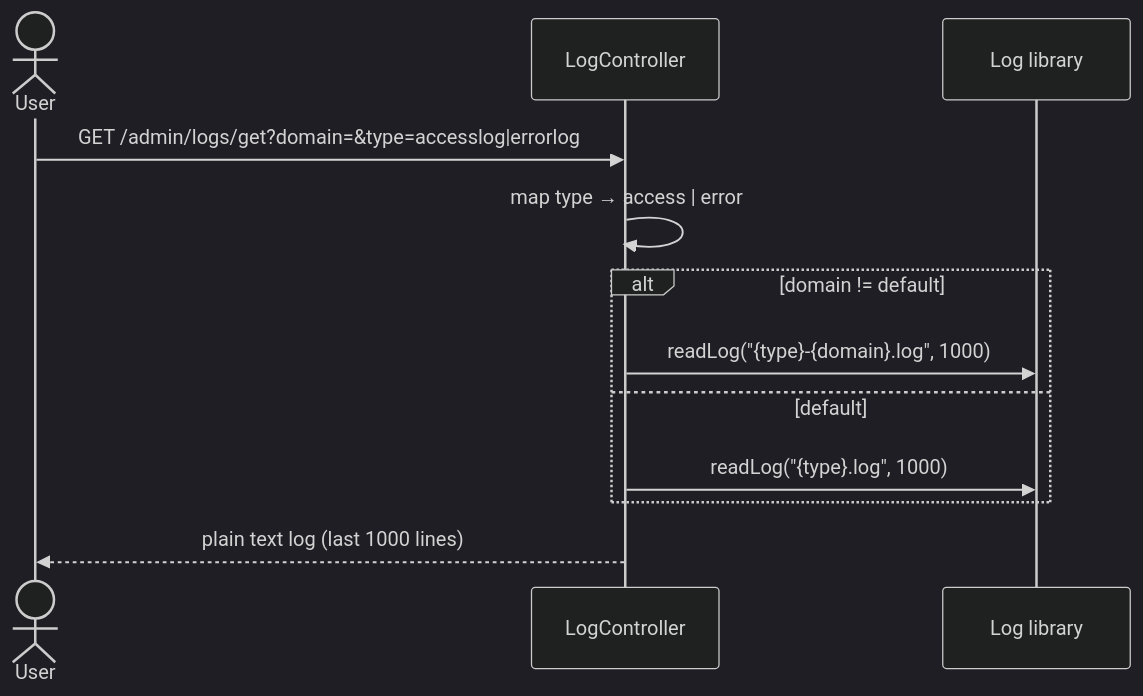
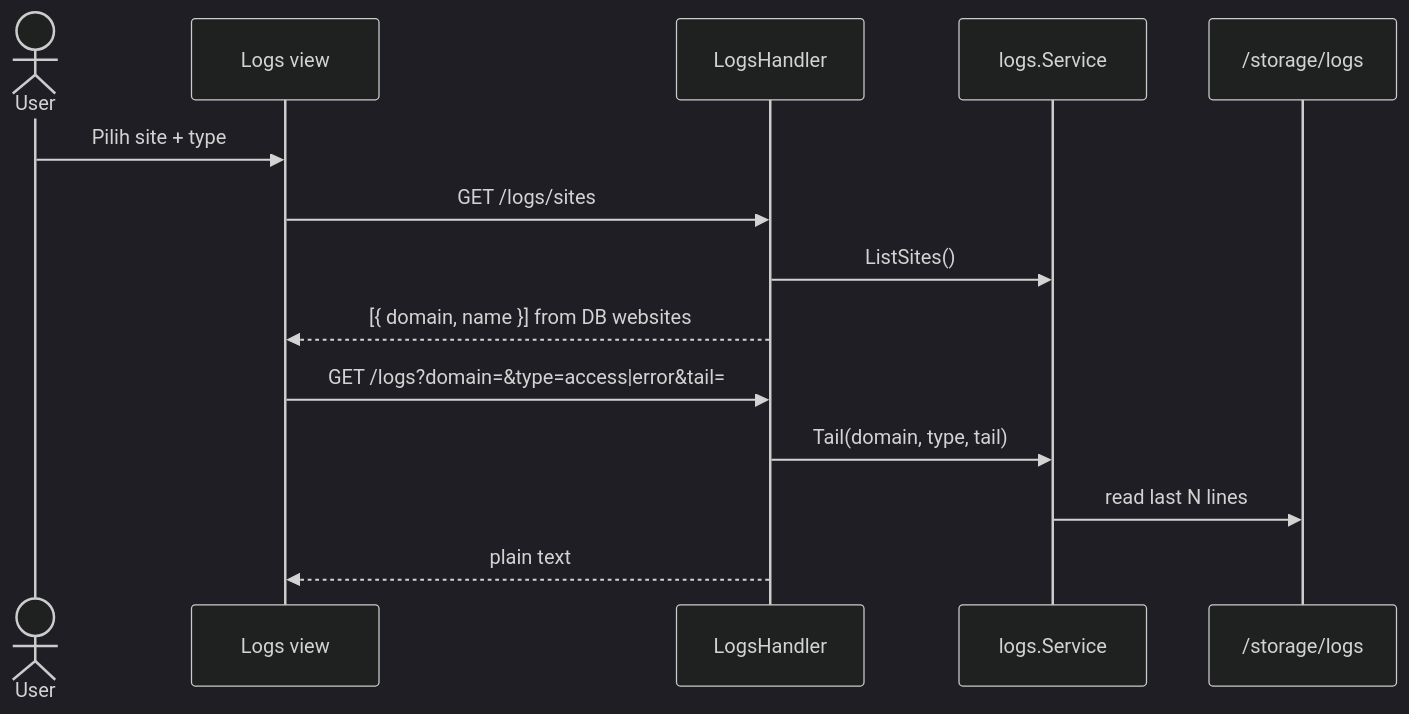
The diagram in docs/sequences/15-logs.md (jahrulnr/GoSite), drawn with Mermaid (dark theme) before and after one commit. The commit also changed other lines of this file and 107 other files, not shown here.

````diff
--- a/docs/sequences/15-logs.md
+++ b/docs/sequences/15-logs.md
@@ -22,15 +9,18 @@
 ```mermaid
 sequenceDiagram
     actor User
-    participant LC as LogController
-    participant Log as Log library
+    participant UI as Logs view
+    participant H as LogsHandler
+    participant Svc as logs.Service
+    participant FS as /storage/logs
 
-    User->>LC: GET /admin/logs/get?domain=&type=accesslog|errorlog
-    LC->>LC: map type → access | error
-    alt domain != default
-        LC->>Log: readLog("{type}-{domain}.log", 1000)
-    else default
-        LC->>Log: readLog("{type}.log", 1000)
-    end
-    LC-->>User: plain text log (last 1000 lines)
+    User->>UI: Pilih site + type
+    UI->>H: GET /logs/sites
+    H->>Svc: ListSites()
+    H-->>UI: [{ domain, name }] from DB websites
+
+    UI->>H: GET /logs?domain=&type=access|error&tail=
+    H->>Svc: Tail(domain, type, tail)
+    Svc->>FS: read last N lines
+    H-->>UI: plain text
 ```
````
